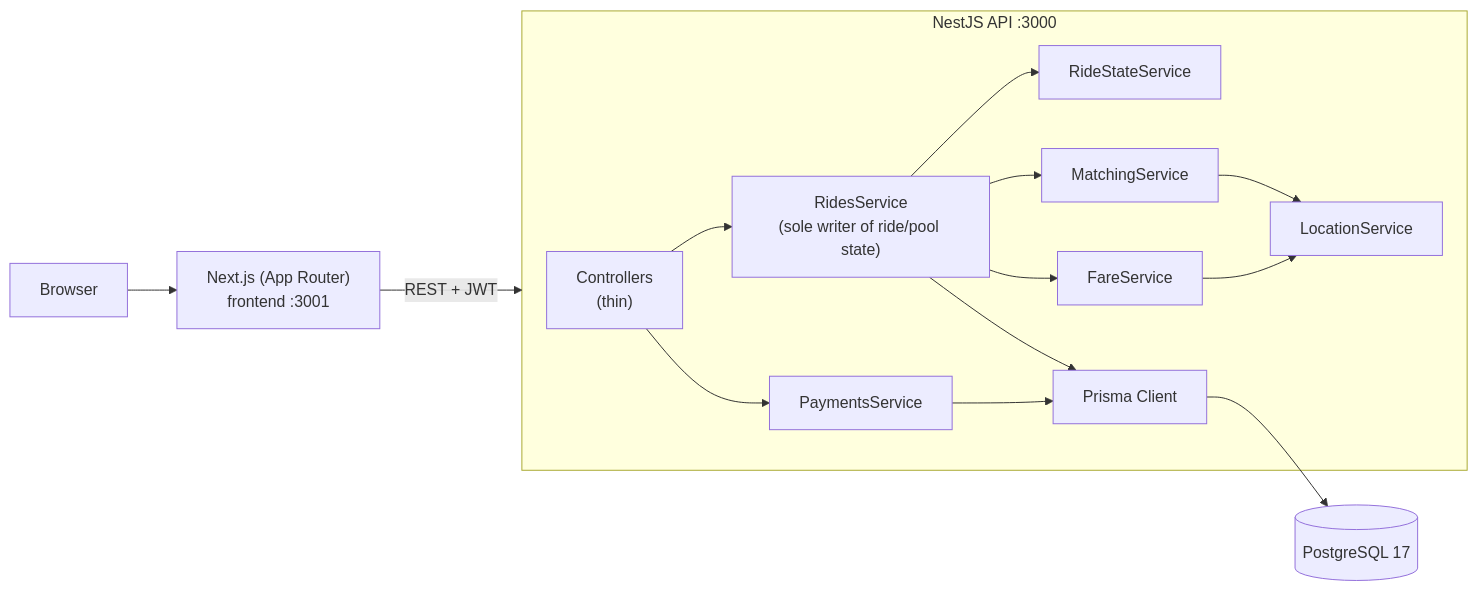
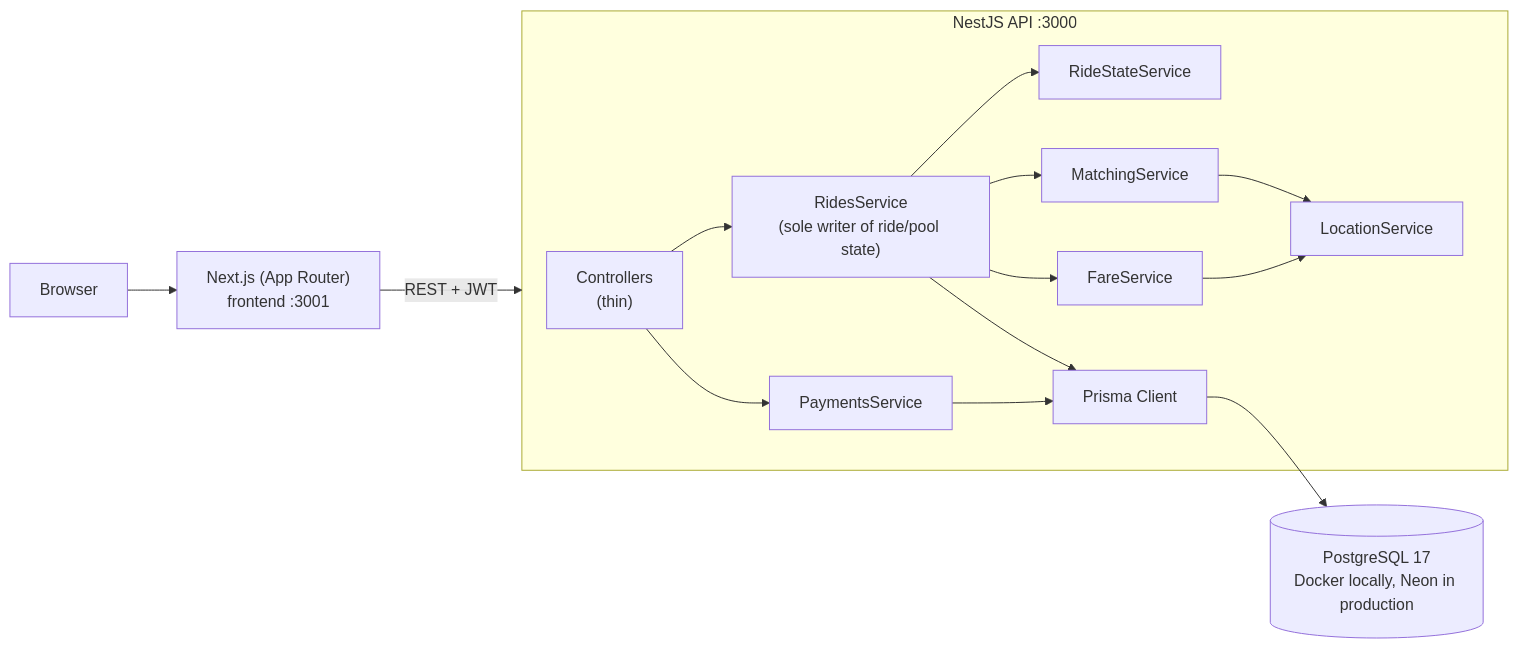
Before and after one commit to kaizen2112/Dhaka-Tesla-Pool: the second of 5 diagrams in README.md, drawn with Mermaid. The commit also changed other lines of this file, not shown here.

Commit message:
update: online deployed onto neon, render and vercel. readme updated

````diff
--- a/README.md
+++ b/README.md
@@ -64,17 +137,17 @@
 ```mermaid
 flowchart LR
     Browser["Browser"] --> Next["Next.js (App Router)<br/>frontend :3001"]
     Next -- "REST + JWT" --> Nest
     subgraph Nest["NestJS API :3000"]
         Ctrl["Controllers<br/>(thin)"] --> Rides["RidesService<br/>(sole writer of ride/pool state)"]
         Ctrl --> Payments["PaymentsService"]
         Rides --> State["RideStateService"]
         Rides --> Matching["MatchingService"]
         Rides --> Fare["FareService"]
         Matching --> Location["LocationService"]
         Fare --> Location
         Rides --> Prisma["Prisma Client"]
         Payments --> Prisma
     end
-    Prisma --> DB[("PostgreSQL 17")]
+    Prisma --> DB[("PostgreSQL 17<br/>Docker locally, Neon in production")]
 ```
````
